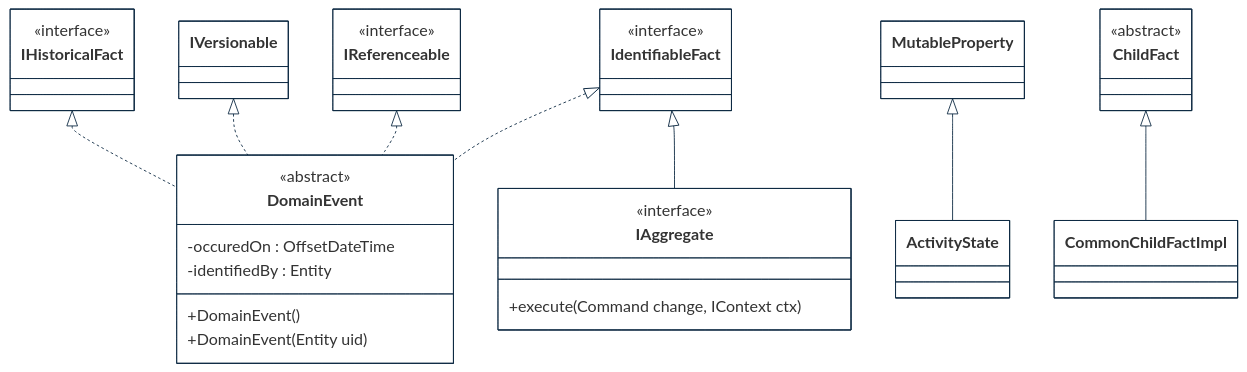
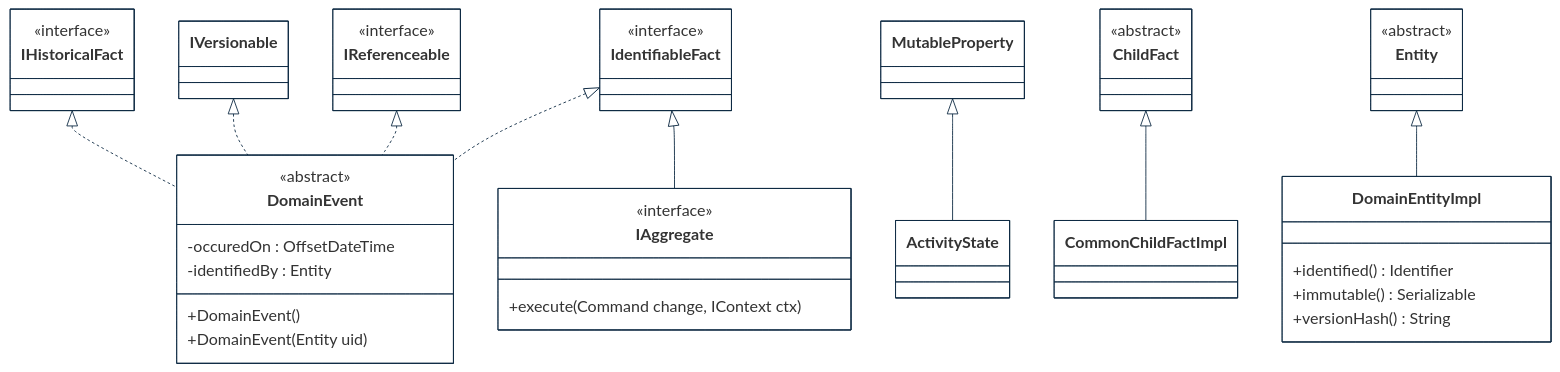
The first of 5 diagrams in implementations-line/framework/domain/designview-packages.md (cybnity/foundation), drawn with Mermaid before and after one commit. The commit also changed other lines of this file, not shown here.

````diff
--- a/implementations-line/framework/domain/designview-packages.md
+++ b/implementations-line/framework/domain/designview-packages.md
@@ -10,52 +10,61 @@
 ```mermaid
 %%{
   init: {
     'theme': 'base',
     'themeVariables': {
         'background': '#ffffff',
         'fontFamily': 'arial',
         'fontSize': '18px',
         'primaryColor': '#fff',
         'primaryBorderColor': '#0e2a43',
         'secondaryBorderColor': '#0e2a43',
         'tertiaryBorderColor': '#0e2a43',
         'edgeLabelBackground':'#0e2a43',
         'lineColor': '#0e2a43',
         'tertiaryColor': '#fff'
     }
   }
 }%%
 classDiagram
     IHistoricalFact <|.. DomainEvent
     IVersionable <|.. DomainEvent
     IReferenceable <|.. DomainEvent
     IdentifiableFact <|.. DomainEvent
     IdentifiableFact <|-- IAggregate
     MutableProperty <|-- ActivityState
     ChildFact <|-- CommonChildFactImpl
+    Entity <|-- DomainEntityImpl
 
+    class Entity {
+        <<abstract>>
+    }
+    class DomainEntityImpl {
+        +identified() Identifier
+        +immutable() Serializable
+        +versionHash() String
+    }
     class DomainEvent {
         <<abstract>>
         -occuredOn : OffsetDateTime
         -identifiedBy : Entity
         +DomainEvent()
         +DomainEvent(Entity uid)
     }
     class IHistoricalFact {
         <<interface>>
     }
     class IdentifiableFact {
         <<interface>>
     }
     class IAggregate {
         <<interface>>
         +execute(Command change, IContext ctx)
     }
     class IReferenceable {
         <<interface>>
     }
     class ChildFact {
         <<abstract>>
     }
 
 ```
````
